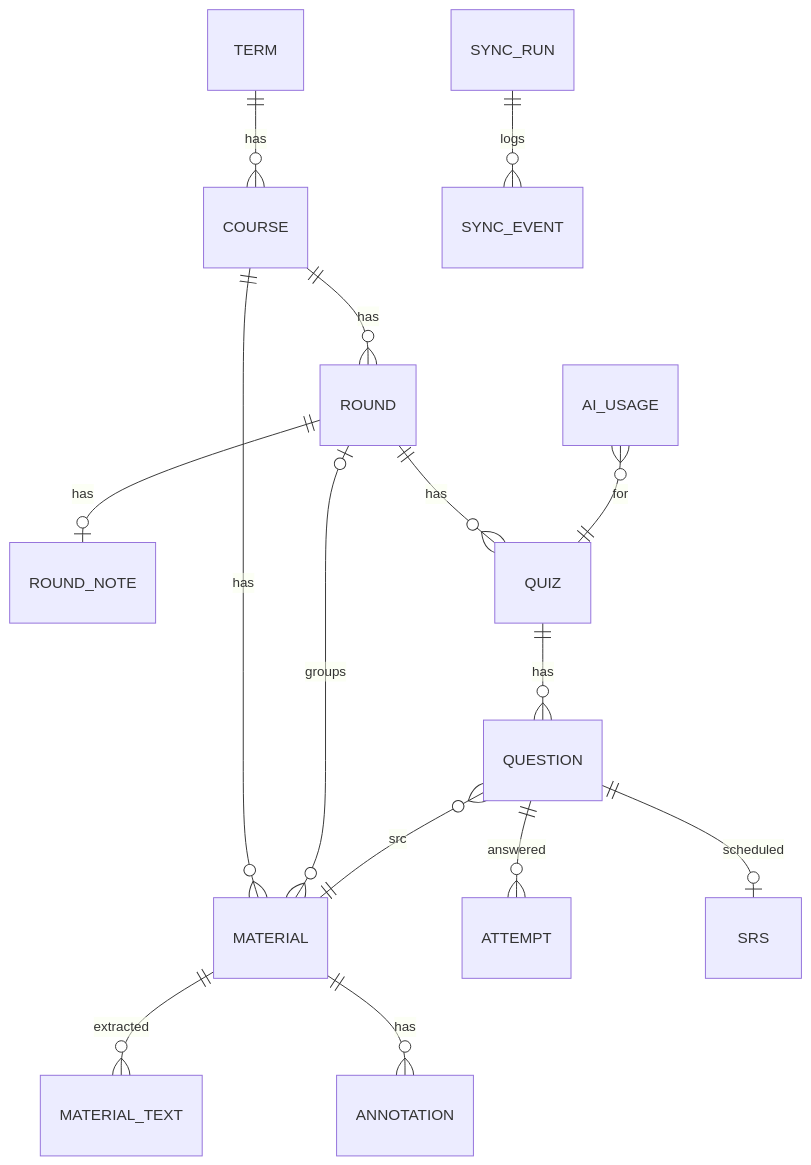
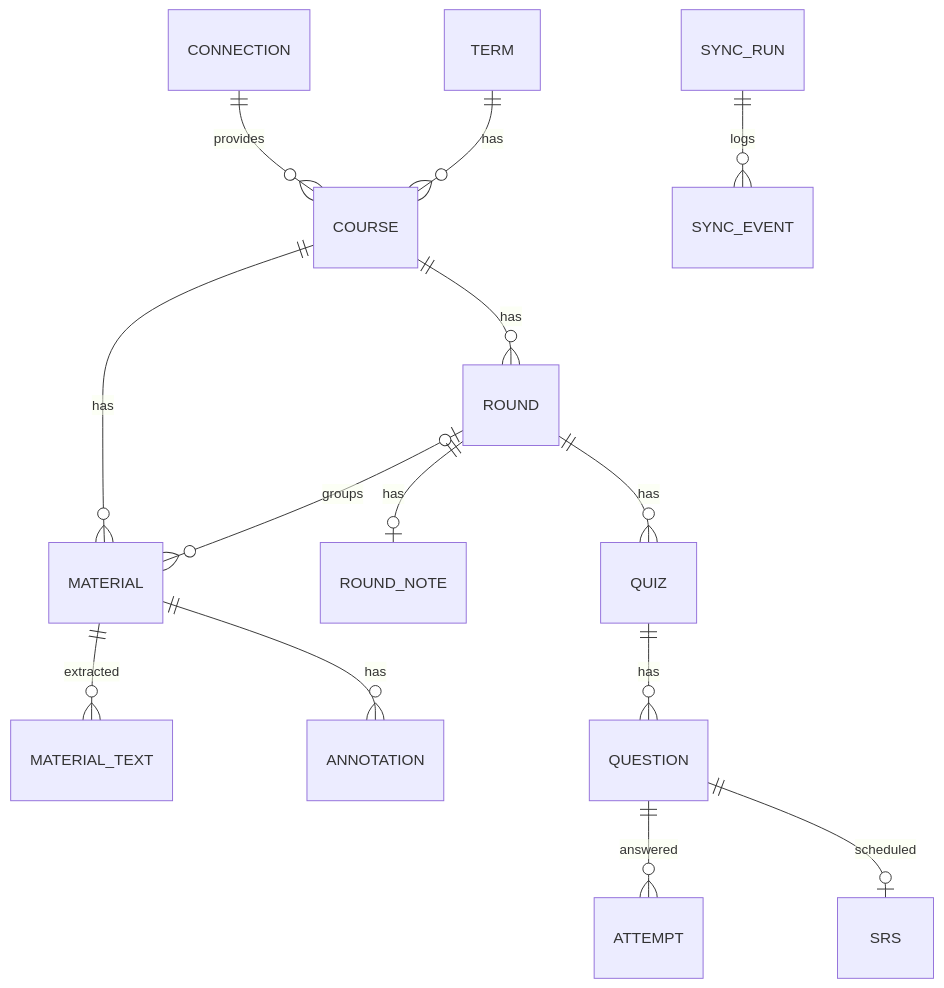
The fifth of 6 diagrams in docs/SPEC.md (Peyangpiece/Daigaku-Note), drawn with Mermaid before and after one commit. The commit also changed other lines of this file and 1 other file, not shown here.

````diff
--- a/docs/SPEC.md
+++ b/docs/SPEC.md
@@ -883,17 +1168,16 @@
 ```mermaid
 erDiagram
+  CONNECTION ||--o{ COURSE : provides
   TERM ||--o{ COURSE : has
   COURSE ||--o{ ROUND : has
   COURSE ||--o{ MATERIAL : has
   ROUND o|--o{ MATERIAL : groups
   MATERIAL ||--o{ MATERIAL_TEXT : extracted
   MATERIAL ||--o{ ANNOTATION : has
   ROUND ||--o| ROUND_NOTE : has
   ROUND ||--o{ QUIZ : has
   QUIZ ||--o{ QUESTION : has
   QUESTION ||--o{ ATTEMPT : answered
   QUESTION ||--o| SRS : scheduled
-  QUESTION }o--|| MATERIAL : src
   SYNC_RUN ||--o{ SYNC_EVENT : logs
-  AI_USAGE }o--|| QUIZ : for
 ```
````
